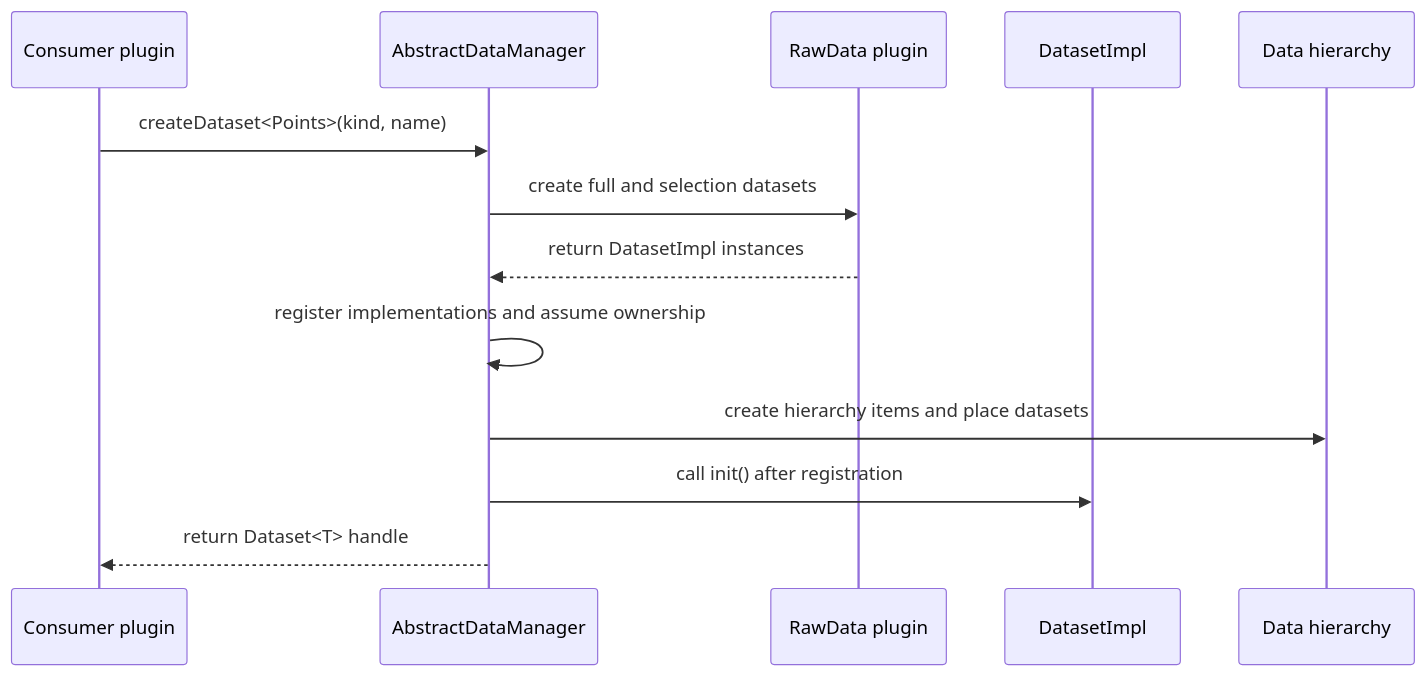
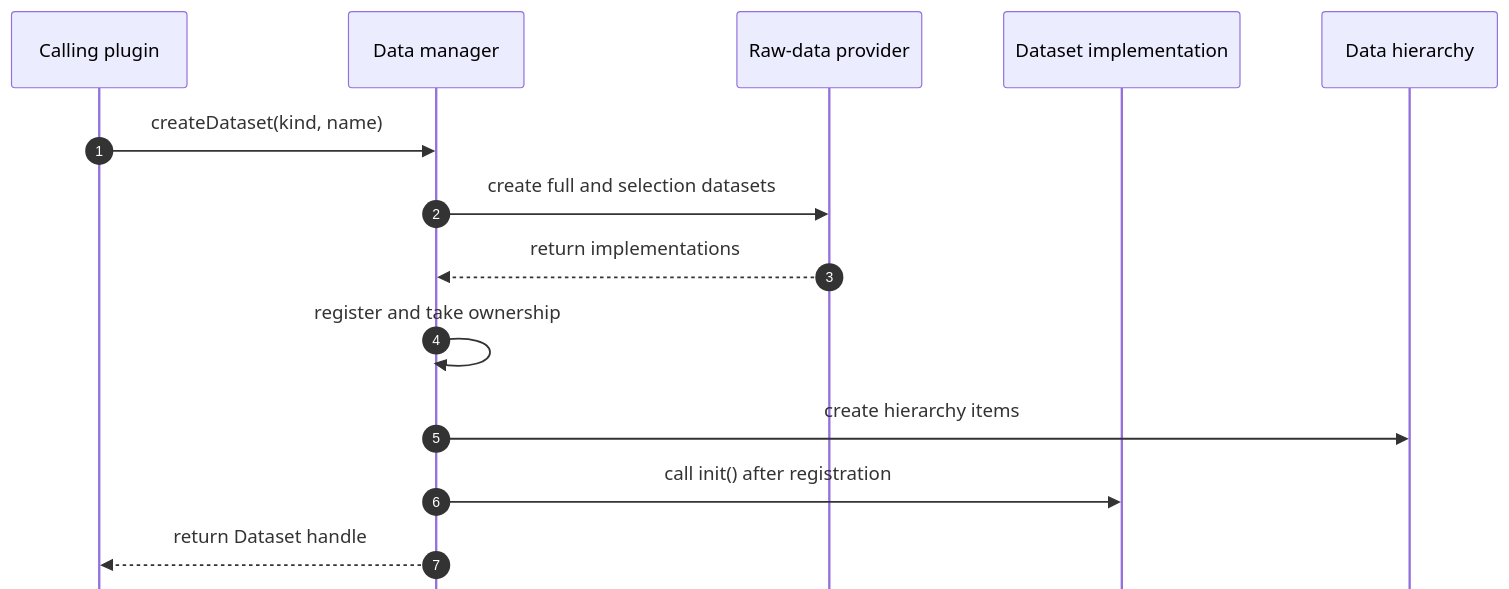
The diagram in docs/source/development/building_plugins/data/creating_datasets.md (ManiVaultStudio/Docs), drawn with Mermaid before and after one commit. The commit also changed 3 other files, not shown here.

Commit message:
Improve Mermaid diagram readability

````diff
--- a/docs/source/development/building_plugins/data/creating_datasets.md
+++ b/docs/source/development/building_plugins/data/creating_datasets.md
@@ -20,16 +20,18 @@
 ```mermaid
+%%{init: {"sequence": {"actorMargin": 70, "messageMargin": 38, "mirrorActors": false}, "themeVariables": {"fontSize": "16px"}}}%%
 sequenceDiagram
-    participant Plugin as Consumer plugin
-    participant Manager as AbstractDataManager
-    participant Provider as RawData plugin
-    participant Item as DatasetImpl
-    participant Hierarchy as Data hierarchy
+    autonumber
+    participant P as Calling plugin
+    participant M as Data manager
+    participant R as Raw-data provider
+    participant D as Dataset implementation
+    participant H as Data hierarchy
 
-    Plugin->>Manager: createDataset<Points>(kind, name)
-    Manager->>Provider: create full and selection datasets
-    Provider-->>Manager: return DatasetImpl instances
-    Manager->>Manager: register implementations and assume ownership
-    Manager->>Hierarchy: create hierarchy items and place datasets
-    Manager->>Item: call init() after registration
-    Manager-->>Plugin: return Dataset<T> handle
+    P->>M: createDataset(kind, name)
+    M->>R: create full and selection datasets
+    R-->>M: return implementations
+    M->>M: register and take ownership
+    M->>H: create hierarchy items
+    M->>D: call init() after registration
+    M-->>P: return Dataset handle
 ```
````
